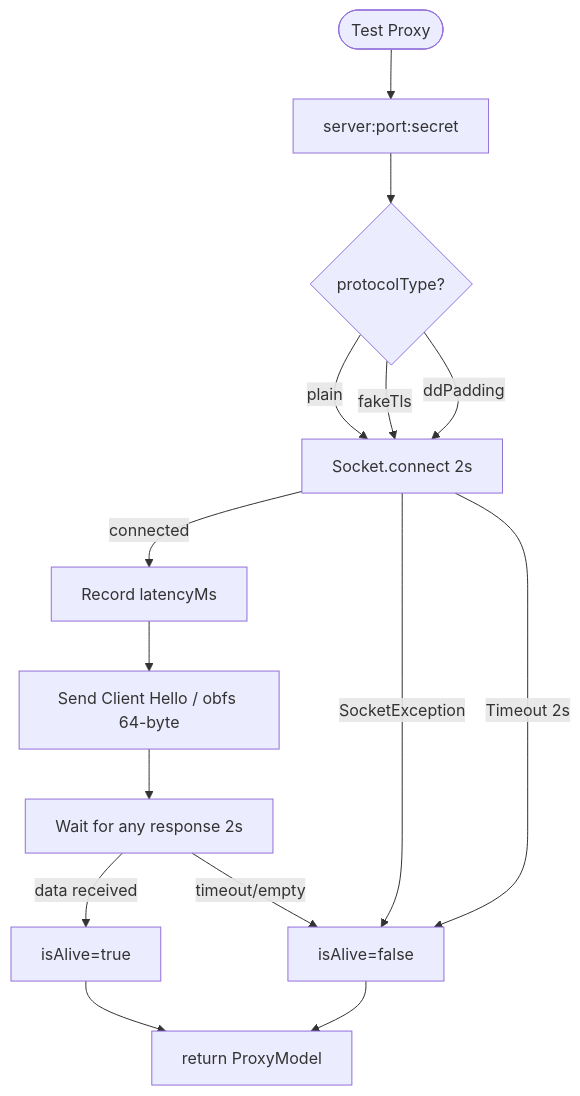
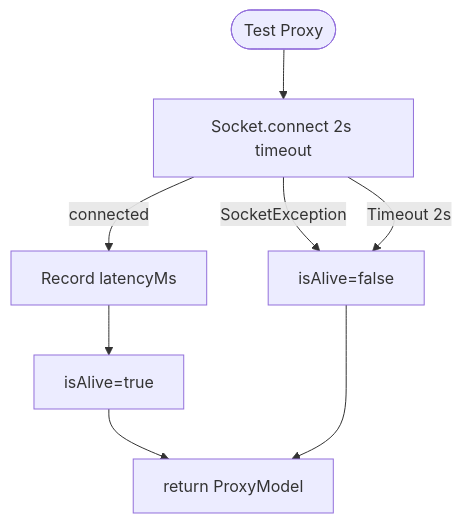
One commit to krsnaSuraj/TelePulse changed the second of 4 diagrams in ARCHITECTURE.md. Above: the diagram before and after it, drawn with Mermaid. The commit also changed other lines of this file and 13 other files, not shown here.

````diff
--- a/ARCHITECTURE.md
+++ b/ARCHITECTURE.md
@@ -146,21 +160,12 @@
 ```mermaid
 flowchart TD
-    Start([Test Proxy]) --> Parse[server:port:secret]
-    Parse --> Detect{protocolType?}
-    Detect -->|plain| TCP[Socket.connect 2s]
-    Detect -->|fakeTls| TCP
-    Detect -->|ddPadding| TCP
-    
+    Start([Test Proxy]) --> TCP[Socket.connect 2s timeout]
     TCP -->|connected| RecordLat[Record latencyMs]
     TCP -->|SocketException| Dead[isAlive=false]
     TCP -->|Timeout 2s| Dead
     
-    RecordLat --> SendPkt[Send Client Hello / obfs 64-byte]
-    SendPkt --> Wait[Wait for any response 2s]
-    
-    Wait -->|data received| Alive[isAlive=true]
-    Wait -->|timeout/empty| Dead
+    RecordLat --> Alive[isAlive=true]
     
     Alive --> Return[return ProxyModel]
     Dead --> Return
 ```
````
